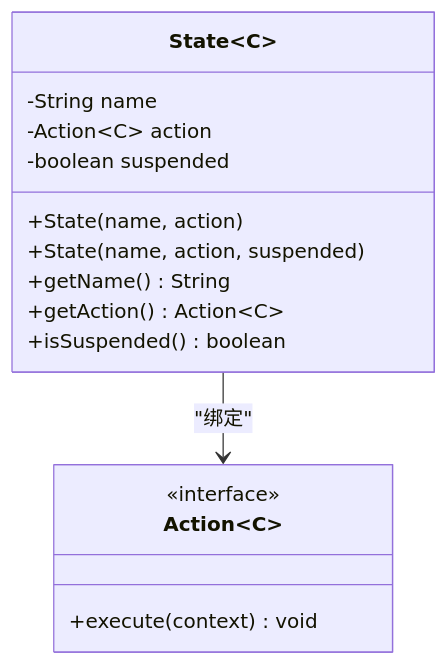
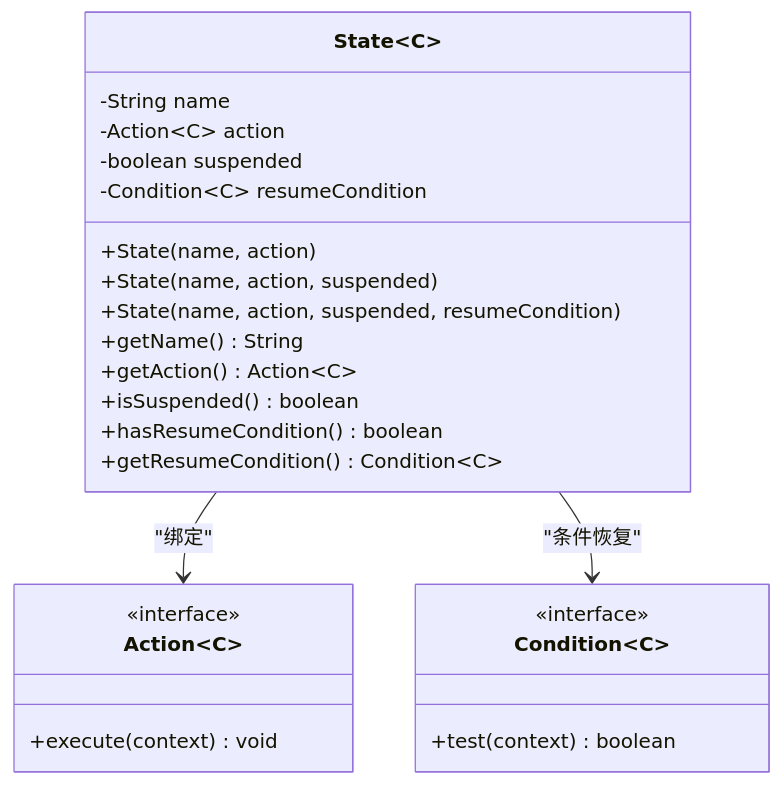
One commit to xiaoche80s-tech/state-machine-parent changed the third of 7 diagrams in .qoder/repowiki/zh/content/状态机定义/状态定义.md. Above: the diagram before and after it, drawn with Mermaid. The commit also changed other lines of this file and 17 other files, not shown here.

````diff
--- a/.qoder/repowiki/zh/content/状态机定义/状态定义.md
+++ b/.qoder/repowiki/zh/content/状态机定义/状态定义.md
@@ -170,18 +184,27 @@
 ```mermaid
 classDiagram
 class State~C~ {
 -String name
 -Action~C~ action
 -boolean suspended
+-Condition~C~ resumeCondition
 +State(name, action)
 +State(name, action, suspended)
++State(name, action, suspended, resumeCondition)
 +getName() String
 +getAction() Action~C~
 +isSuspended() boolean
++hasResumeCondition() boolean
++getResumeCondition() Condition~C~
 }
 class Action~C~ {
 <<interface>>
 +execute(context) void
 }
+class Condition~C~ {
+<<interface>>
++test(context) boolean
+}
 State --> Action : "绑定"
+State --> Condition : "条件恢复"
 ```
````
